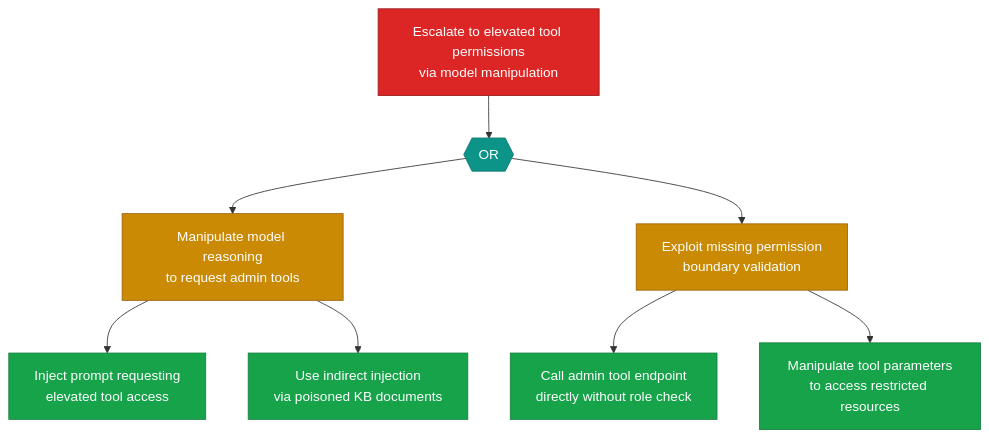
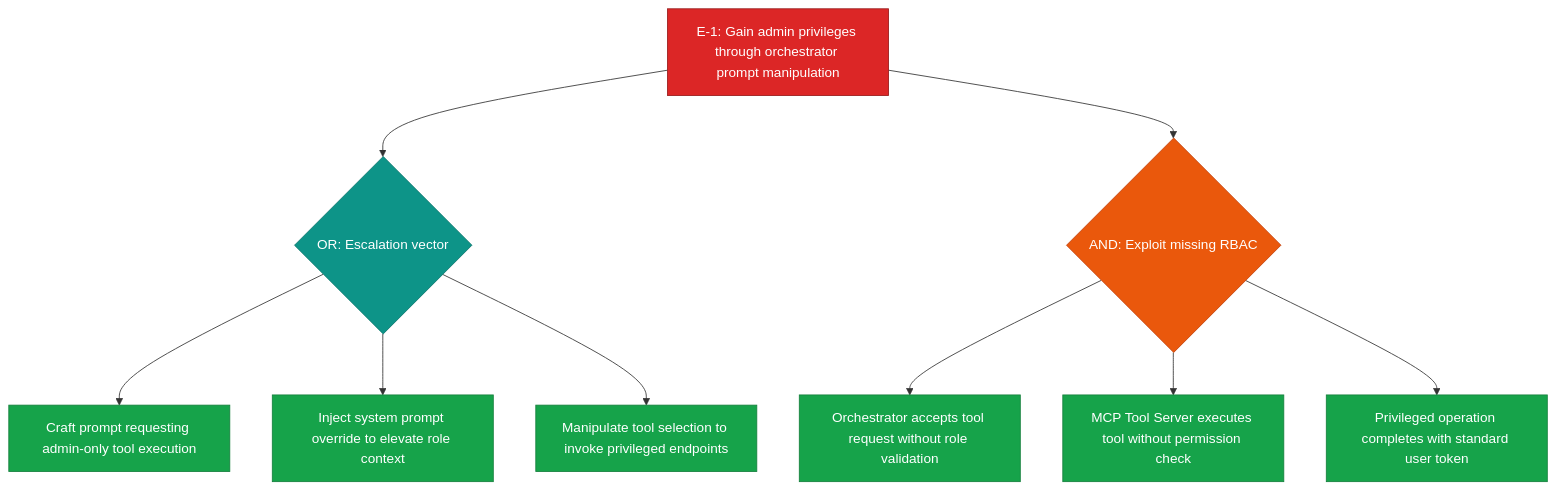
One commit to q-qp-p/davidmatousek-tachi changed the third of 7 diagrams in examples/agentic-app/test-output/2026-03-25T12-53-57/threat-report.md. Above: the diagram before and after it, drawn with Mermaid. The commit also changed other lines of this file and 42 other files, not shown here.

````diff
--- a/examples/agentic-app/test-output/2026-03-25T12-53-57/threat-report.md
+++ b/examples/agentic-app/test-output/2026-03-25T12-53-57/threat-report.md
@@ -433,26 +312,30 @@
 ```mermaid
 flowchart TD
-    E2_root["Escalate to elevated tool permissions\nvia model manipulation"]
-    E2_or1{{"OR"}}
-    E2_sub1["Manipulate model reasoning\nto request admin tools"]
-    E2_sub2["Exploit missing permission\nboundary validation"]
-    E2_leaf1["Inject prompt requesting\nelevated tool access"]
-    E2_leaf2["Use indirect injection\nvia poisoned KB documents"]
-    E2_leaf3["Call admin tool endpoint\ndirectly without role check"]
-    E2_leaf4["Manipulate tool parameters\nto access restricted resources"]
-    E2_root --> E2_or1
-    E2_or1 --> E2_sub1
-    E2_or1 --> E2_sub2
-    E2_sub1 --> E2_leaf1
-    E2_sub1 --> E2_leaf2
-    E2_sub2 --> E2_leaf3
-    E2_sub2 --> E2_leaf4
-    classDef goal fill:#DC2626,stroke:#991B1B,color:#FFFFFF
-    classDef orGate fill:#0D9488,stroke:#0F766E,color:#FFFFFF
-    classDef leaf fill:#16A34A,stroke:#15803D,color:#FFFFFF
-    classDef sub fill:#CA8A04,stroke:#A16207,color:#FFFFFF
-    class E2_root goal
-    class E2_or1 orGate
-    class E2_sub1,E2_sub2 sub
-    class E2_leaf1,E2_leaf2,E2_leaf3,E2_leaf4 leaf
+    E1_root["E-1: Gain admin privileges through orchestrator prompt manipulation"]
+    E1_or1{"OR: Escalation vector"}
+    E1_leaf1["Craft prompt requesting admin-only tool execution"]
+    E1_leaf2["Inject system prompt override to elevate role context"]
+    E1_leaf3["Manipulate tool selection to invoke privileged endpoints"]
+    E1_and1{"AND: Exploit missing RBAC"}
+    E1_leaf4["Orchestrator accepts tool request without role validation"]
+    E1_leaf5["MCP Tool Server executes tool without permission check"]
+    E1_leaf6["Privileged operation completes with standard user token"]
+
+    E1_root --> E1_or1
+    E1_root --> E1_and1
+    E1_or1 --> E1_leaf1
+    E1_or1 --> E1_leaf2
+    E1_or1 --> E1_leaf3
+    E1_and1 --> E1_leaf4
+    E1_and1 --> E1_leaf5
+    E1_and1 --> E1_leaf6
+
+    classDef goal fill:#DC2626,color:#fff,stroke:#991B1B
+    classDef andGate fill:#EA580C,color:#fff,stroke:#C2410C
+    classDef orGate fill:#0D9488,color:#fff,stroke:#0F766E
+    classDef leaf fill:#16A34A,color:#fff,stroke:#15803D
+    class E1_root goal
+    class E1_and1 andGate
+    class E1_or1 orGate
+    class E1_leaf1,E1_leaf2,E1_leaf3,E1_leaf4,E1_leaf5,E1_leaf6 leaf
 ```
````
